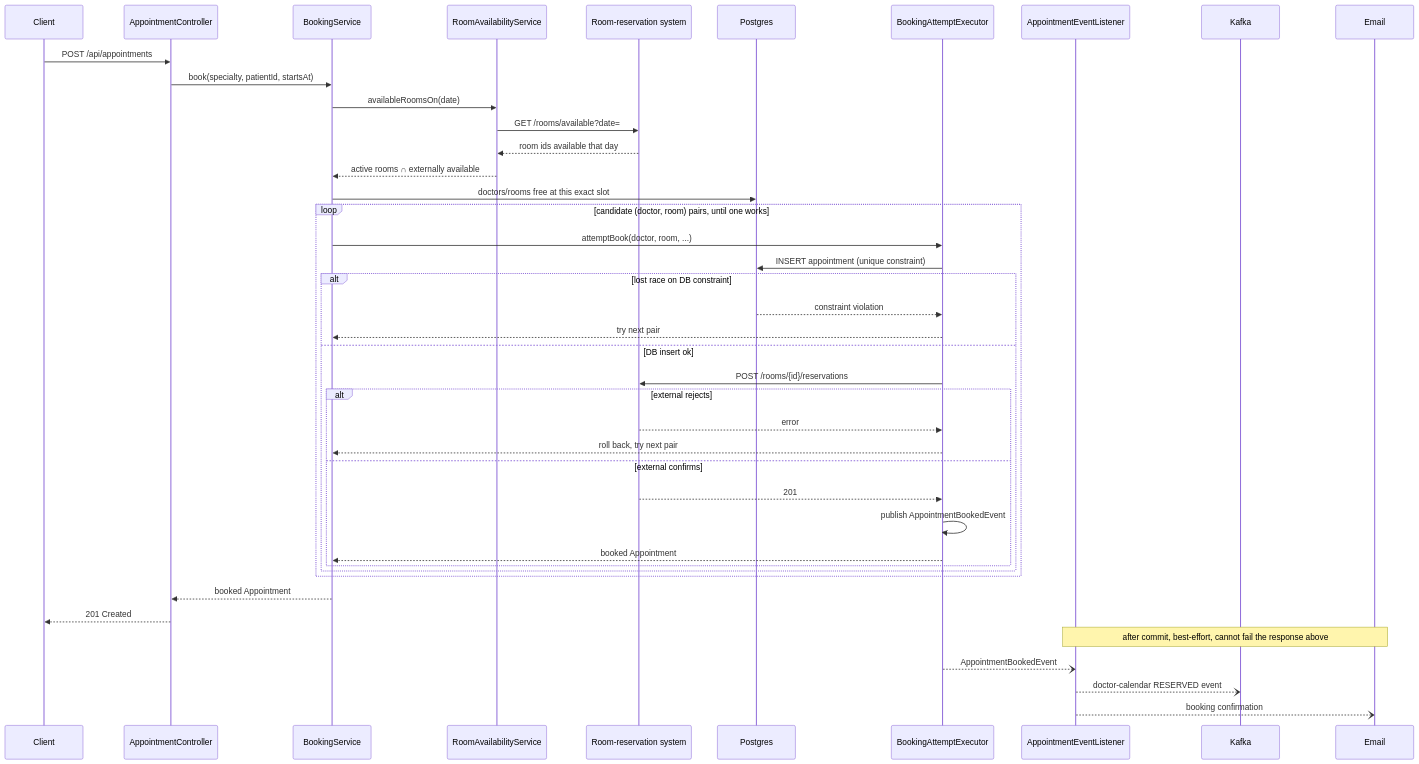
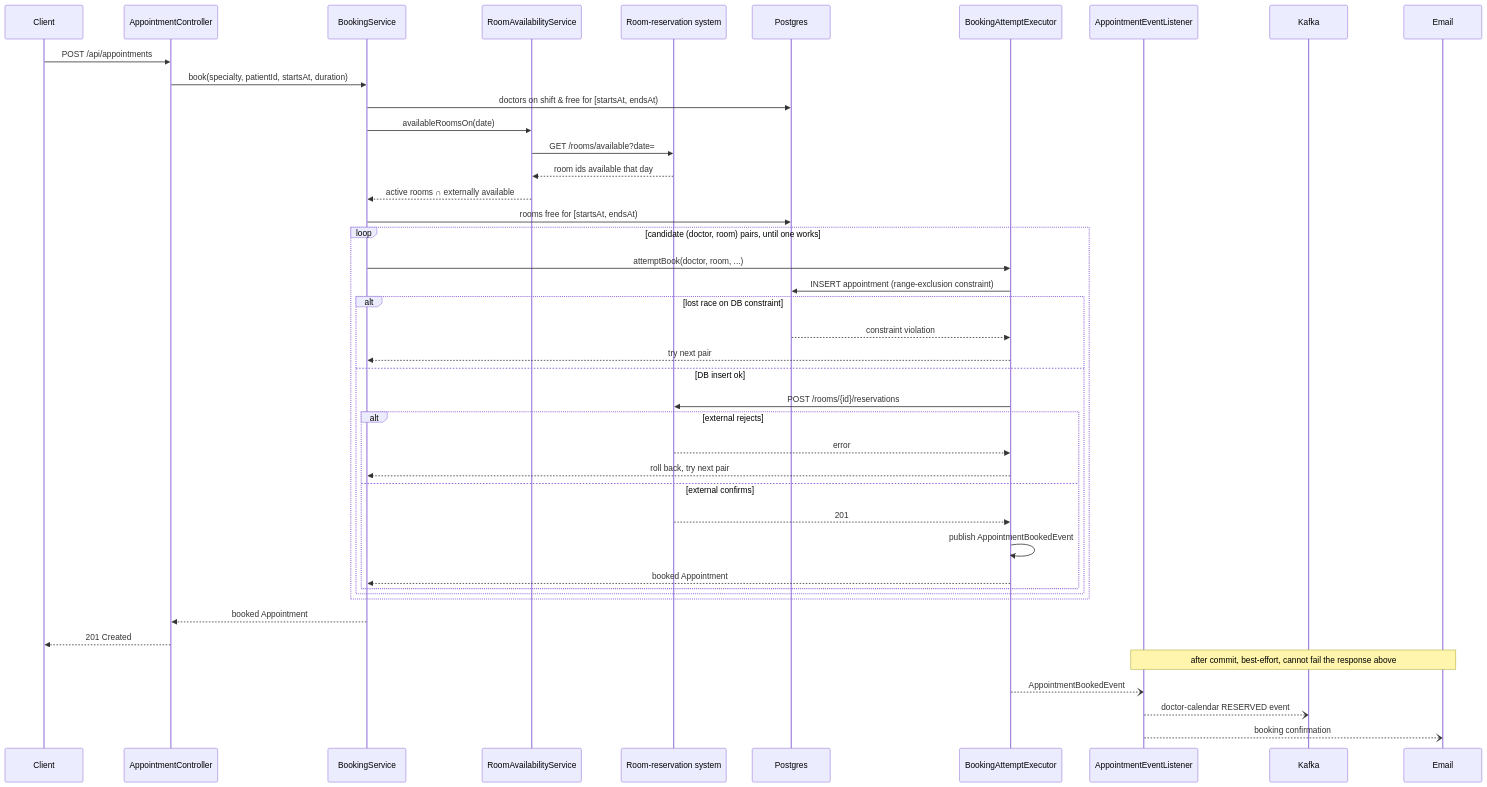
One commit to a-augusto/uphill-challenge changed the diagram in README.md. Above: the diagram before and after it, drawn with Mermaid. The commit also changed other lines of this file and 19 other files, not shown here.

````diff
--- a/README.md
+++ b/README.md
@@ -115,45 +132,46 @@
 ```mermaid
 sequenceDiagram
     participant Client
     participant Controller as AppointmentController
     participant Booking as BookingService
     participant RoomAvail as RoomAvailabilityService
     participant External as Room-reservation system
     participant DB as Postgres
     participant Executor as BookingAttemptExecutor
     participant Listener as AppointmentEventListener
     participant Kafka
     participant Email
 
     Client->>Controller: POST /api/appointments
-    Controller->>Booking: book(specialty, patientId, startsAt)
+    Controller->>Booking: book(specialty, patientId, startsAt, duration)
+    Booking->>DB: doctors on shift & free for [startsAt, endsAt)
     Booking->>RoomAvail: availableRoomsOn(date)
     RoomAvail->>External: GET /rooms/available?date=
     External-->>RoomAvail: room ids available that day
     RoomAvail-->>Booking: active rooms ∩ externally available
-    Booking->>DB: doctors/rooms free at this exact slot
+    Booking->>DB: rooms free for [startsAt, endsAt)
     loop candidate (doctor, room) pairs, until one works
         Booking->>Executor: attemptBook(doctor, room, ...)
-        Executor->>DB: INSERT appointment (unique constraint)
+        Executor->>DB: INSERT appointment (range-exclusion constraint)
         alt lost race on DB constraint
             DB-->>Executor: constraint violation
             Executor-->>Booking: try next pair
         else DB insert ok
             Executor->>External: POST /rooms/{id}/reservations
             alt external rejects
                 External-->>Executor: error
                 Executor-->>Booking: roll back, try next pair
             else external confirms
                 External-->>Executor: 201
                 Executor->>Executor: publish AppointmentBookedEvent
                 Executor-->>Booking: booked Appointment
             end
         end
     end
     Booking-->>Controller: booked Appointment
     Controller-->>Client: 201 Created
     Note over Listener,Email: after commit, best-effort, cannot fail the response above
     Executor--)Listener: AppointmentBookedEvent
     Listener--)Kafka: doctor-calendar RESERVED event
     Listener--)Email: booking confirmation
 ```
````
